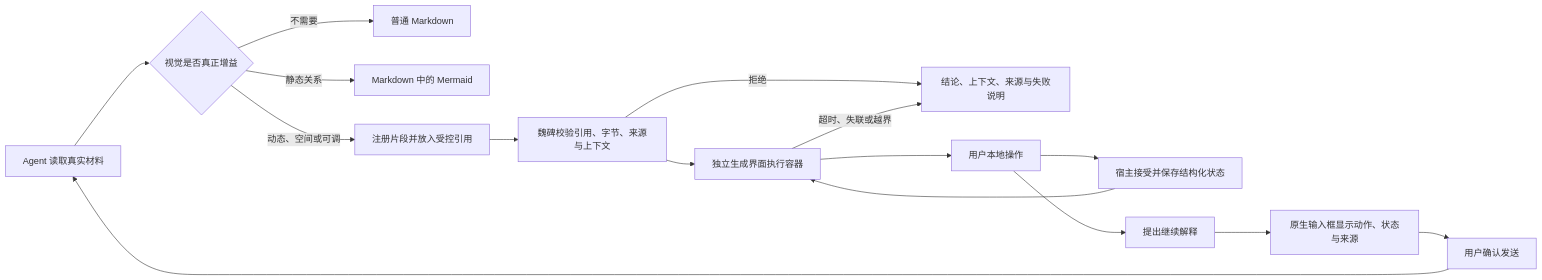
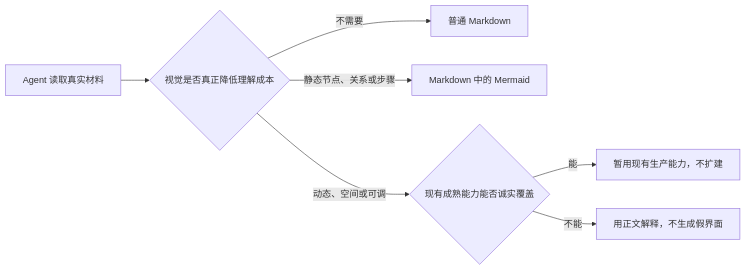
One commit to WroughtMind/weibei changed the diagram in Docs/生成式界面基础与Visualize借鉴.md. Above: the diagram before and after it, drawn with Mermaid. The commit also changed other lines of this file, not shown here.

````diff
--- a/Docs/生成式界面基础与Visualize借鉴.md
+++ b/Docs/生成式界面基础与Visualize借鉴.md
@@ -30,18 +29,9 @@
 ```mermaid
 flowchart LR
-    A["Agent 读取真实材料"] --> B{"视觉是否真正增益"}
+    A["Agent 读取真实材料"] --> B{"视觉是否真正降低理解成本"}
     B -- "不需要" --> T["普通 Markdown"]
-    B -- "静态关系" --> M["Markdown 中的 Mermaid"]
-    B -- "动态、空间或可调" --> C["注册片段并放入受控引用"]
-    C --> V["魏碑校验引用、字节、来源与上下文"]
-    V --> D["独立生成界面执行容器"]
-    V -- "拒绝" --> X["结论、上下文、来源与失败说明"]
-    D --> E["用户本地操作"]
-    E --> F["宿主接受并保存结构化状态"]
-    F --> D
-    E --> G["提出继续解释"]
-    G --> H["原生输入框显示动作、状态与来源"]
-    H --> I["用户确认发送"]
-    I --> A
-    D -- "超时、失联或越界" --> X
+    B -- "静态节点、关系或步骤" --> M["Markdown 中的 Mermaid"]
+    B -- "动态、空间或可调" --> D{"现有成熟能力能否诚实覆盖"}
+    D -- "能" --> E["暂用现有生产能力，不扩建"]
+    D -- "不能" --> F["用正文解释，不生成假界面"]
 ```
````
